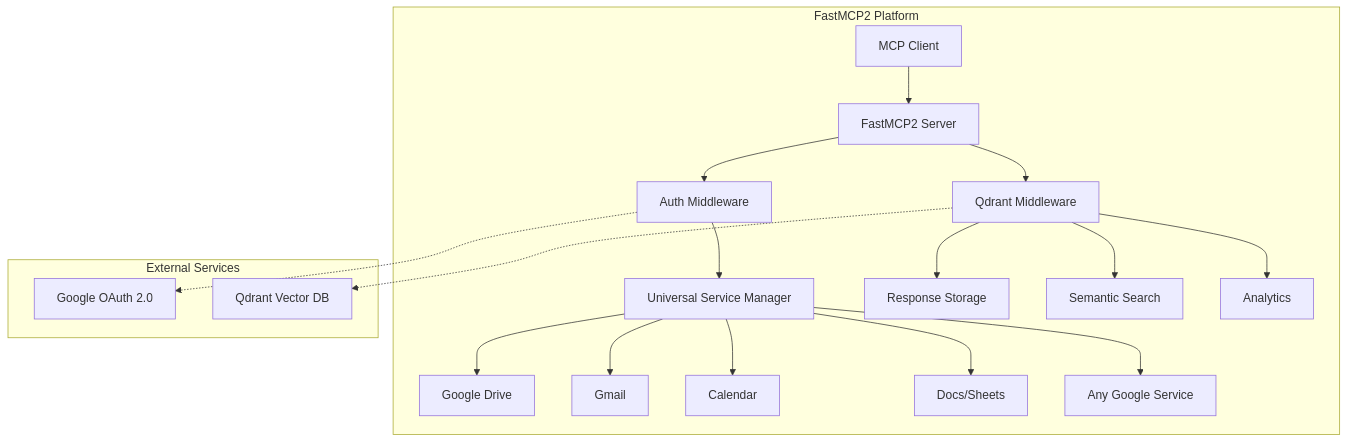
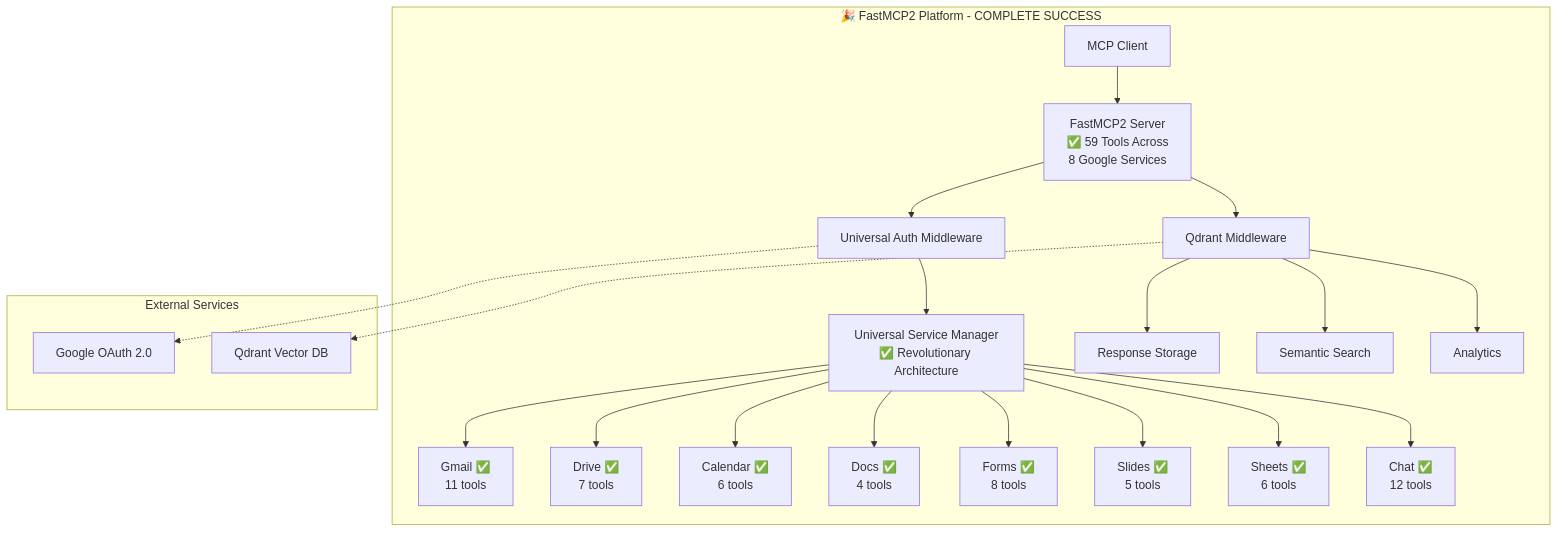
The first of 3 diagrams in README.md (dipseth/google_workspace_fastmcp2), drawn with Mermaid before and after one commit. The commit also changed other lines of this file and 36 other files, not shown here.

First line of the commit message:
Add test suites for Google Sheets and Slides tools using FastMCP Client SDK

````diff
--- a/README.md
+++ b/README.md
@@ -13,27 +14,30 @@
 ```mermaid
 graph TB
-    subgraph "FastMCP2 Platform"
-        A[MCP Client] --> B[FastMCP2 Server]
-        B --> C[Auth Middleware]
+    subgraph "🎉 FastMCP2 Platform - COMPLETE SUCCESS"
+        A[MCP Client] --> B[FastMCP2 Server<br/>✅ 59 Tools Across<br/>8 Google Services]
+        B --> C[Universal Auth Middleware]
         B --> D[Qdrant Middleware]
         
-        C --> E[Universal Service Manager]
-        E --> F[Google Drive]
-        E --> G[Gmail]
-        E --> H[Calendar]
-        E --> I[Docs/Sheets]
-        E --> J[Any Google Service]
+        C --> E[Universal Service Manager<br/>✅ Revolutionary Architecture]
+        E --> F[Gmail ✅<br/>11 tools]
+        E --> G[Drive ✅<br/>7 tools]
+        E --> H[Calendar ✅<br/>6 tools]
+        E --> I[Docs ✅<br/>4 tools]
+        E --> J[Forms ✅<br/>8 tools]
+        E --> K[Slides ✅<br/>5 tools]
+        E --> L[Sheets ✅<br/>6 tools]
+        E --> M[Chat ✅<br/>12 tools]
         
-        D --> K[Response Storage]
-        D --> L[Semantic Search]
-        D --> M[Analytics]
+        D --> N[Response Storage]
+        D --> O[Semantic Search]
+        D --> P[Analytics]
     end
     
     subgraph "External Services"
-        N[Google OAuth 2.0]
-        O[Qdrant Vector DB]
+        Q[Google OAuth 2.0]
+        R[Qdrant Vector DB]
     end
     
-    C -.-> N
-    D -.-> O
+    C -.-> Q
+    D -.-> R
 ```
````
